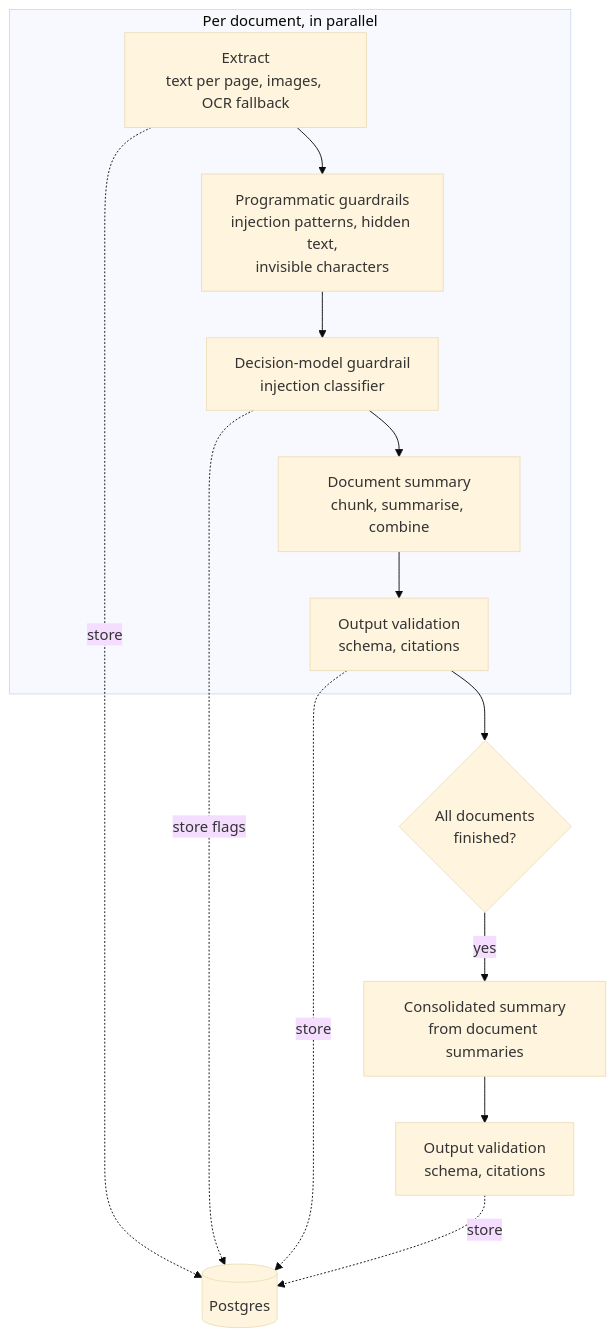
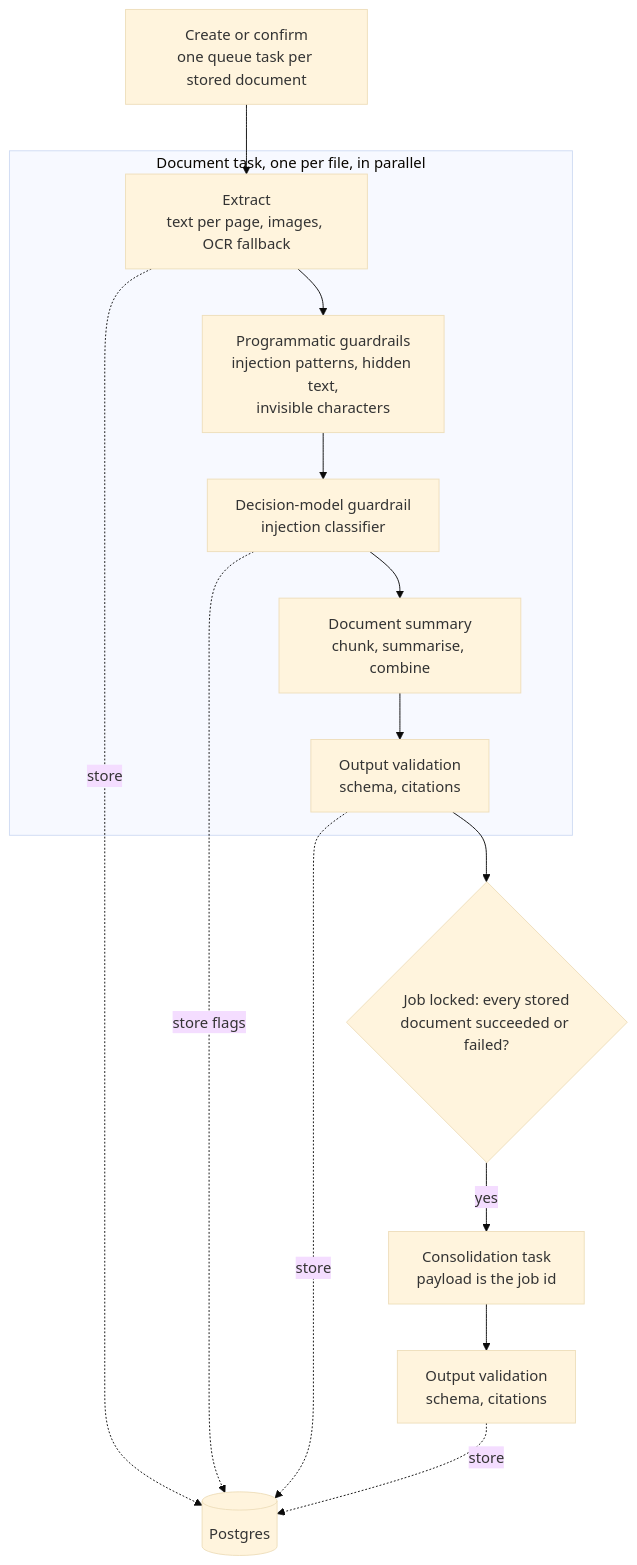
One commit to nc1z/doc-insight changed diagram 12 of 13 in context/architecture.md. Above: the diagram before and after it, drawn with Mermaid (base theme). The commit also changed other lines of this file and 2 other files, not shown here.

Commit message:
docs: one task per document for better scalability, concurrent processing and failure isolation

````diff
--- a/context/architecture.md
+++ b/context/architecture.md
@@ -318,18 +319,20 @@
 ```mermaid
 flowchart TD
-    subgraph PerDoc[Per document, in parallel]
+    Enqueue[Create or confirm<br/>one queue task per stored document] --> Extract
+
+    subgraph PerDoc[Document task, one per file, in parallel]
         Extract[Extract<br/>text per page, images, OCR fallback] --> Checks[Programmatic guardrails<br/>injection patterns, hidden text,<br/>invisible characters]
         Checks --> Classifier[Decision-model guardrail<br/>injection classifier]
         Classifier --> Summarise[Document summary<br/>chunk, summarise, combine]
         Summarise --> ValidateDoc[Output validation<br/>schema, citations]
     end
 
-    ValidateDoc --> FanIn{All documents<br/>finished?}
-    FanIn -- yes --> Consolidate[Consolidated summary<br/>from document summaries]
+    ValidateDoc --> FanIn{Job locked: every stored<br/>document succeeded or failed?}
+    FanIn -- yes --> Consolidate[Consolidation task<br/>payload is the job id]
     Consolidate --> ValidateReport[Output validation<br/>schema, citations]
 
     Extract -. store .-> DB[(Postgres)]
     Classifier -. store flags .-> DB
     ValidateDoc -. store .-> DB
     ValidateReport -. store .-> DB
 ```
````
